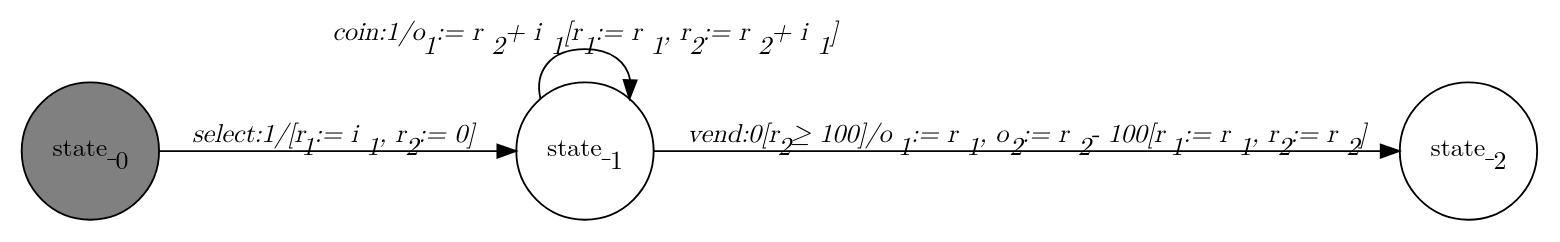
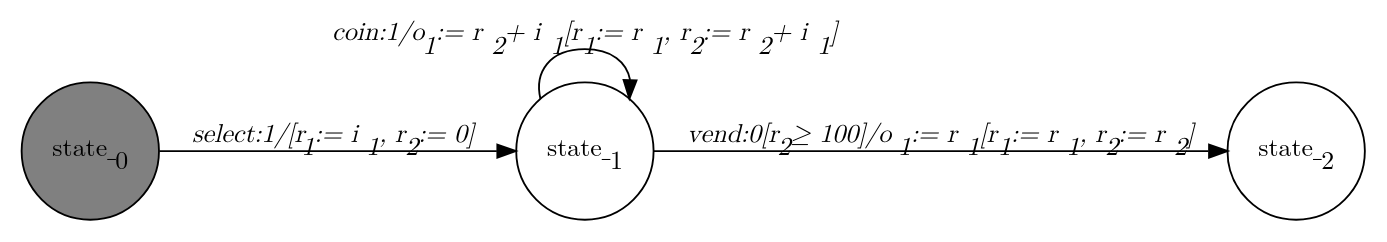
The diagram in dotfiles/Drinks_Machine_Change.dot (jmafoster1/efsm-sal), drawn with Graphviz before and after one commit. The commit also changed 14 other files, not shown here.

```diff
--- a/dotfiles/Drinks_Machine_Change.dot
+++ b/dotfiles/Drinks_Machine_Change.dot
@@ -1,13 +1,13 @@
 digraph Drinks_Machine_Change{
    graph [rankdir="LR", fontname="Latin Modern Math"];
    node [color="black", fillcolor="white", shape="circle", style="filled", fontname="Latin Modern Math"];
    edge [fontname="Latin Modern Math"];
 
    State_0[fillcolor="gray", label=<state_<sub>0</sub>>];
    State_1[label=<state_<sub>1</sub>>];
    State_2[label=<state_<sub>2</sub>>];
 
    State_0->State_1[label=<<i>select:1/&#91;r<sub>1</sub> := i<sub>1</sub>, r<sub>2</sub> := 0&#93;</i>>];
    State_1->State_1[label=<<i>coin:1/o<sub>1</sub> := r<sub>2</sub> + i<sub>1</sub>&#91;r<sub>1</sub> := r<sub>1</sub>, r<sub>2</sub> := r<sub>2</sub> + i<sub>1</sub>&#93;</i>>];
-   State_1->State_2[label=<<i>vend:0&#91;r<sub>2</sub> &ge; 100&#93;/o<sub>1</sub> := r<sub>1</sub>, o<sub>2</sub> := r<sub>2</sub> - 100&#91;r<sub>1</sub> := r<sub>1</sub>, r<sub>2</sub> := r<sub>2</sub>&#93;</i>>];
+   State_1->State_2[label=<<i>vend:0&#91;r<sub>2</sub> &ge; 100&#93;/o<sub>1</sub> := r<sub>1</sub>&#91;r<sub>1</sub> := r<sub>1</sub>, r<sub>2</sub> := r<sub>2</sub>&#93;</i>>];
 }
```
